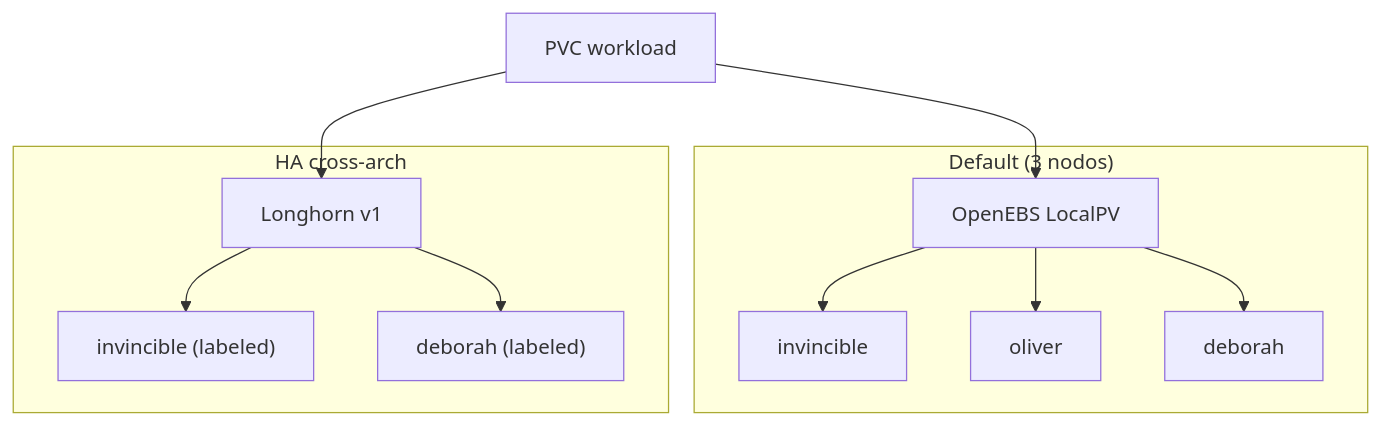
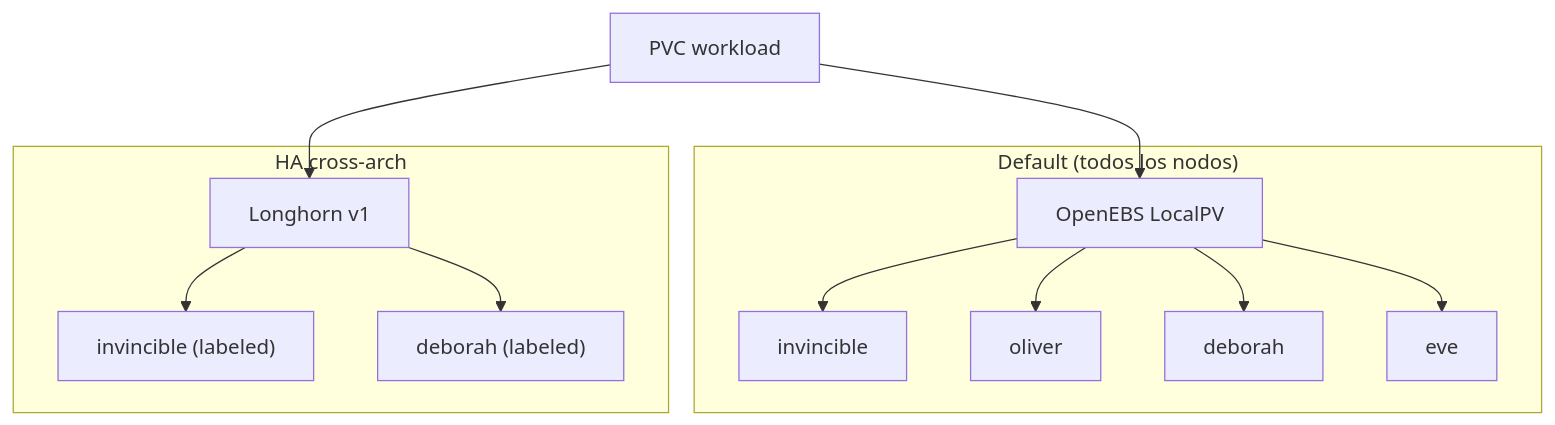
The diagram in docs/storage/index.en.md (maceosoft/homelab), drawn with Mermaid before and after one commit. The commit also changed other lines of this file and 161 other files, not shown here.

````diff
--- a/docs/storage/index.en.md
+++ b/docs/storage/index.en.md
@@ -11,22 +11,24 @@
 ```mermaid
 flowchart TB
   PVC["PVC workload"]
-  subgraph tier_local ["Default (3 nodos)"]
+  subgraph tier_local ["Default (todos los nodos)"]
     OB["OpenEBS LocalPV"]
     INV["invincible"]
     NOL["oliver"]
     DEB["deborah"]
+    EVE["eve"]
     OB --> INV
     OB --> NOL
     OB --> DEB
+    OB --> EVE
   end
   subgraph tier_ha ["HA cross-arch"]
     LH["Longhorn v1"]
     INV2["invincible (labeled)"]
     DEB2["deborah (labeled)"]
     LH --> INV2
     LH --> DEB2
   end
   PVC --> OB
   PVC --> LH
 ```
````
